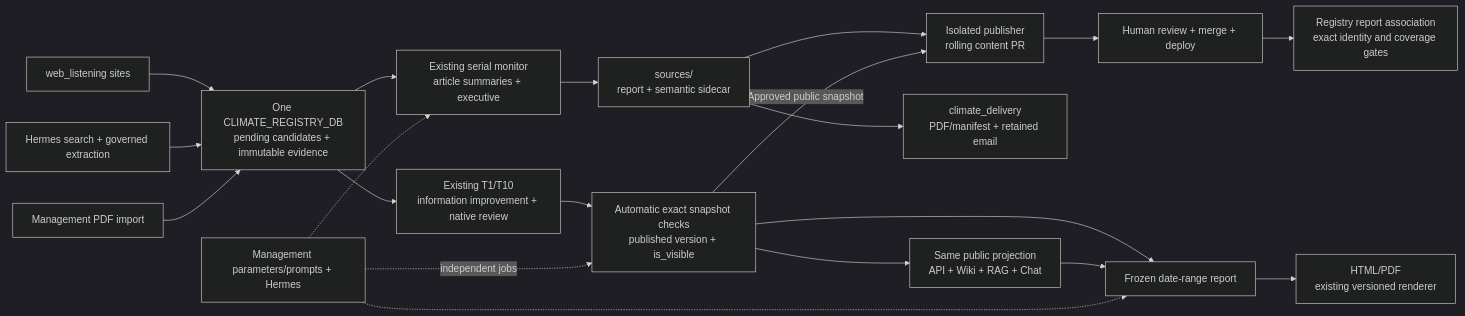
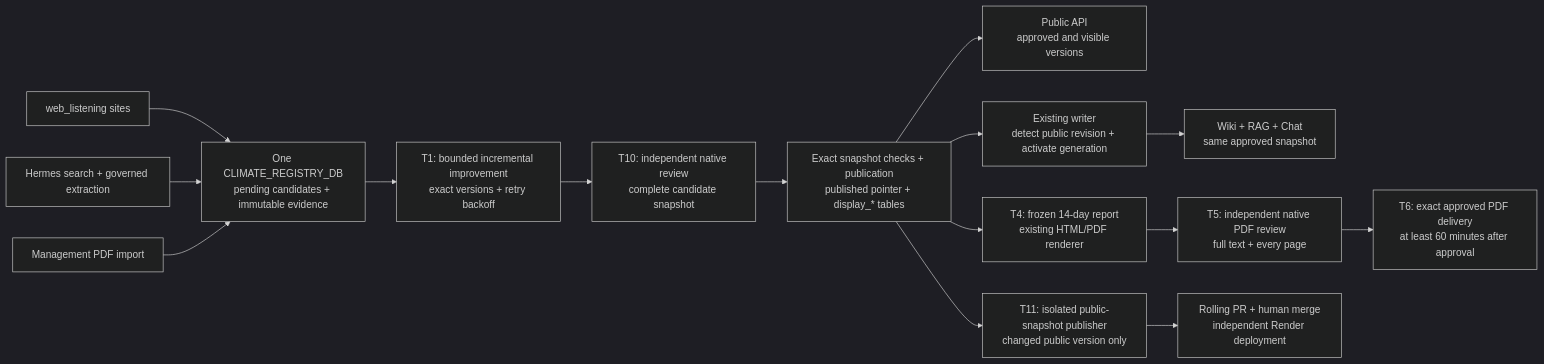
The first of 2 diagrams in README.md (ferryhe/climate_monitor_wiki), drawn with Mermaid (dark theme) before and after one commit. The commit also changed other lines of this file and 36 other files, not shown here.

First line of the commit message:
Replan jobs around approved display revisions and separate Python runtimes (#268)

````diff
--- a/README.md
+++ b/README.md
@@ -252,22 +261,17 @@
 ```mermaid
 flowchart LR
     A["web_listening sites"] --> R
     B["Hermes search + governed extraction"] --> R
     P["Management PDF import"] --> R
-    R["One CLIMATE_REGISTRY_DB<br/>pending candidates + immutable evidence"] --> I["Existing T1/T10<br/>information improvement + native review"]
-    I --> K["Automatic exact snapshot checks<br/>published version + is_visible"]
-    K --> C["Same public projection<br/>API + Wiki + RAG + Chat"]
-    K --> Q["Frozen date-range report"]
-    C --> Q
-    Q --> F["HTML/PDF<br/>existing versioned renderer"]
-    R --> M["Existing serial monitor<br/>article summaries + executive"]
-    M --> S["sources/<br/>report + semantic sidecar"]
-    S --> E["climate_delivery<br/>PDF/manifest + retained email"]
-    S --> G["Isolated publisher<br/>rolling content PR"]
-    K -->|Approved public snapshot| G
-    G --> D["Human review + merge + deploy"]
-    D --> V["Registry report association<br/>exact identity and coverage gates"]
-    H["Management parameters/prompts + Hermes"] -. "independent jobs" .-> K
-    H -.-> M
-    H -.-> Q
+    R["One CLIMATE_REGISTRY_DB<br/>pending candidates + immutable evidence"] --> I["T1: bounded incremental improvement<br/>exact versions + retry backoff"]
+    I --> V["T10: independent native review<br/>complete candidate snapshot"]
+    V --> K["Exact snapshot checks + publication<br/>published pointer + display_* tables"]
+    K --> C["Public API<br/>approved and visible versions"]
+    K --> W["Existing writer<br/>detect public revision + activate generation"]
+    W --> X["Wiki + RAG + Chat<br/>same approved snapshot"]
+    K --> Q["T4: frozen 14-day report<br/>existing HTML/PDF renderer"]
+    Q --> F["T5: independent native PDF review<br/>full text + every page"]
+    F --> E["T6: exact approved PDF delivery<br/>at least 60 minutes after approval"]
+    K --> G["T11: isolated public-snapshot publisher<br/>changed public version only"]
+    G --> D["Rolling PR + human merge<br/>independent Render deployment"]
 ```
````
